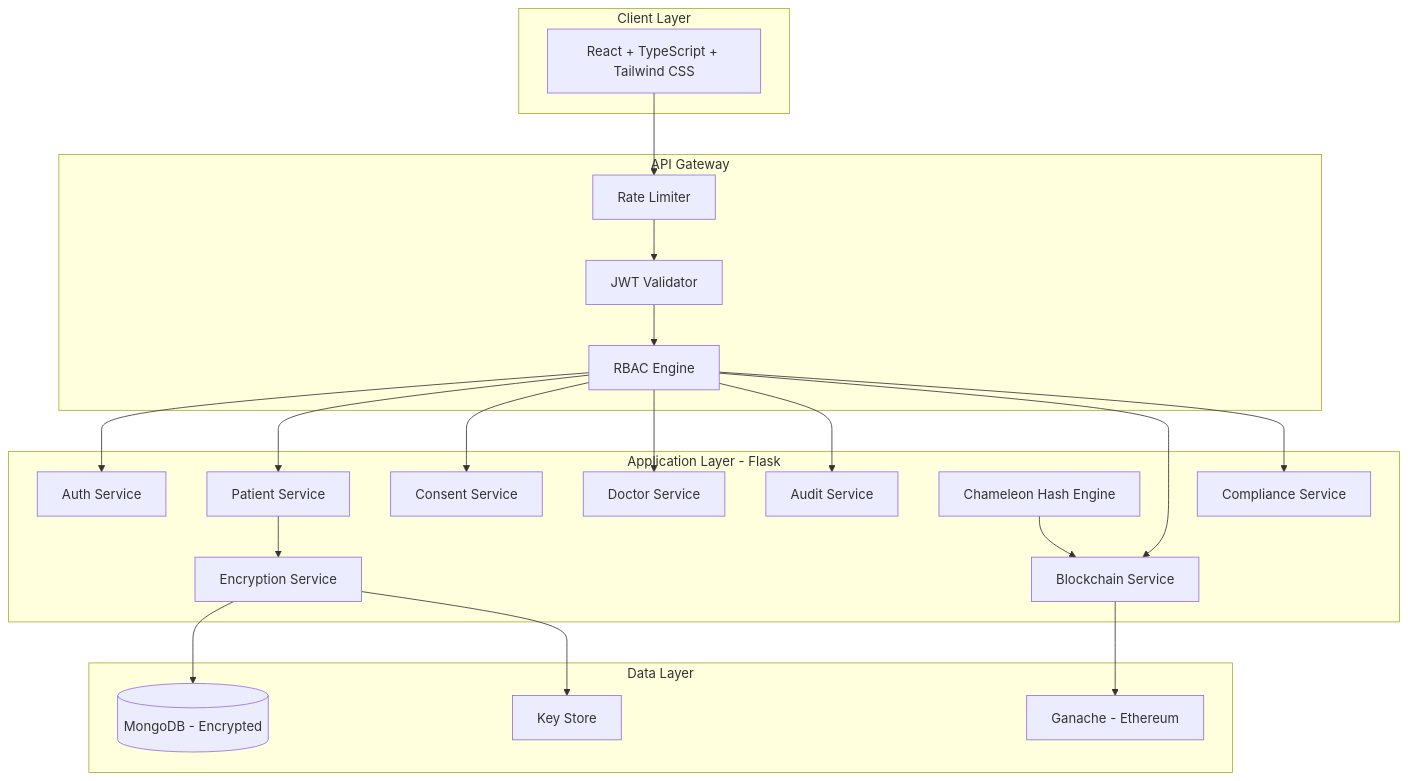
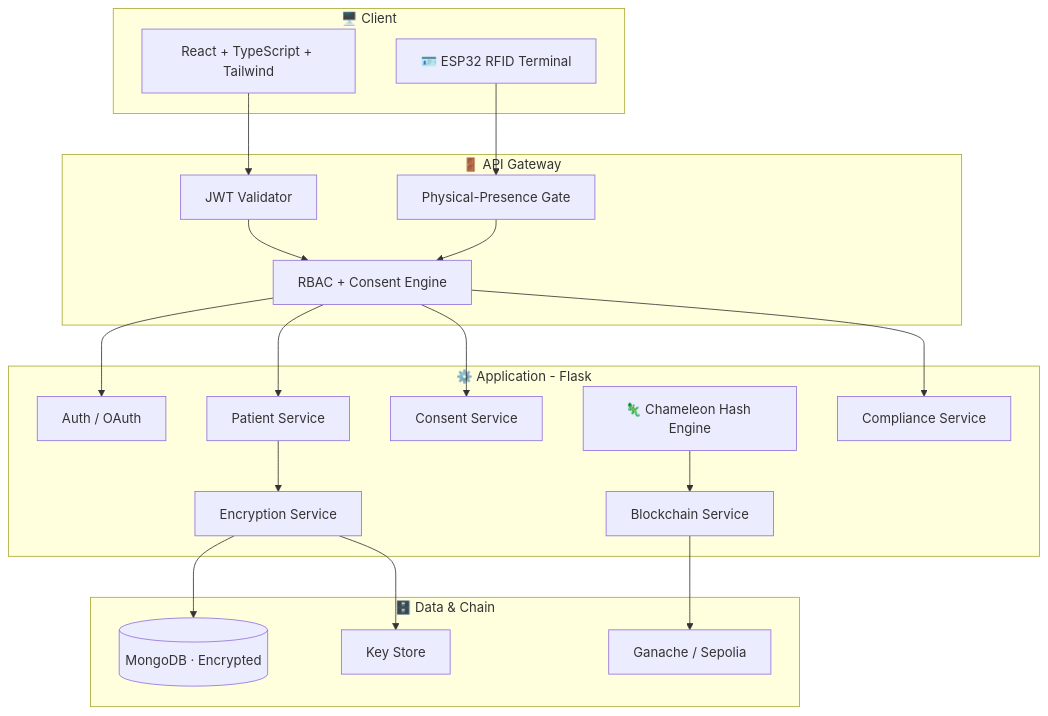
One commit to Bennyhinn007/DPDP-Compliant-Blockchain-Based-Personal-Data-Protection-and-Consent-Management-System changed the diagram in README.md. Above: the diagram before and after it, drawn with Mermaid. The commit also changed other lines of this file and 2 other files, not shown here.

Commit message:
docs: redesign README with logo, badges, animated banner, benchmark chart

````diff
--- a/README.md
+++ b/README.md
@@ -11,37 +73,32 @@
 ```mermaid
 graph TB
-    subgraph "Client Layer"
-        FE[React + TypeScript + Tailwind CSS]
+    subgraph Client["🖥️ Client"]
+        FE[React + TypeScript + Tailwind]
+        RFID[🪪 ESP32 RFID Terminal]
     end
-    
-    subgraph "API Gateway"
-        RL[Rate Limiter]
+    subgraph Gateway["🚪 API Gateway"]
         JWT[JWT Validator]
-        RBAC[RBAC Engine]
+        RBAC[RBAC + Consent Engine]
+        PRES[Physical-Presence Gate]
     end
-    
-    subgraph "Application Layer - Flask"
-        AUTH[Auth Service]
+    subgraph App["⚙️ Application - Flask"]
+        AUTH[Auth / OAuth]
         PAT[Patient Service]
         CON[Consent Service]
-        DOC[Doctor Service]
-        AUD[Audit Service]
         ENC[Encryption Service]
         BC[Blockchain Service]
-        CH[Chameleon Hash Engine]
+        CH[🦎 Chameleon Hash Engine]
         COMP[Compliance Service]
     end
-    
-    subgraph "Data Layer"
-        MONGO[(MongoDB - Encrypted)]
-        GANACHE[Ganache - Ethereum]
+    subgraph Data["🗄️ Data & Chain"]
+        MONGO[(MongoDB · Encrypted)]
+        CHAIN[Ganache / Sepolia]
         KEYS[Key Store]
     end
-    
-    FE --> RL --> JWT --> RBAC
-    RBAC --> AUTH & PAT & CON & DOC & AUD & BC & COMP
+    FE --> JWT --> RBAC
+    RFID --> PRES --> RBAC
+    RBAC --> AUTH & PAT & CON & COMP
     PAT --> ENC --> MONGO
-    BC --> GANACHE
-    CH --> BC
+    CH --> BC --> CHAIN
     ENC --> KEYS
 ```
````
